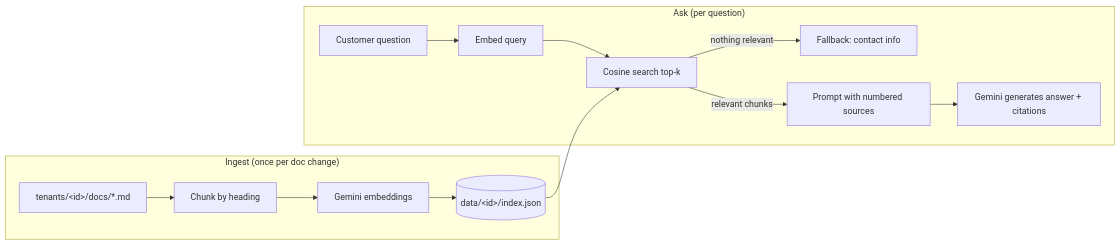
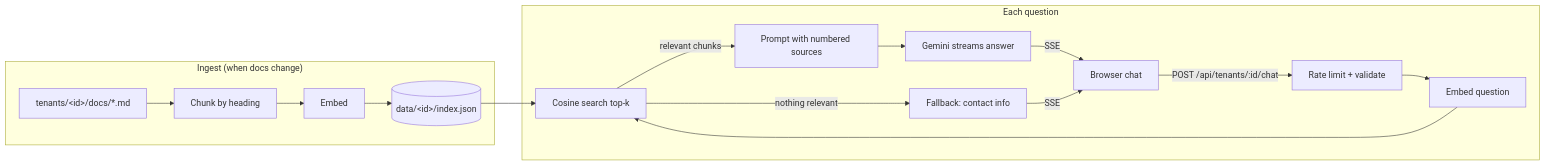
Before and after one commit to Kx1742/rag-support-bot: the diagram in README.md, drawn with Mermaid. The commit also changed other lines of this file and 21 other files, not shown here.

First line of the commit message:
Add streaming web chat UI, HTTP API and offline mode

````diff
--- a/README.md
+++ b/README.md
@@ -26,16 +30,19 @@
 ```mermaid
 flowchart LR
-    subgraph Ingest["Ingest (once per doc change)"]
+    subgraph Ingest["Ingest (when docs change)"]
         D[tenants/&lt;id&gt;/docs/*.md] --> C[Chunk by heading]
-        C --> E1[Gemini embeddings]
+        C --> E1[Embed]
         E1 --> I[(data/&lt;id&gt;/index.json)]
     end
-    subgraph Ask["Ask (per question)"]
-        Q[Customer question] --> E2[Embed query]
+    subgraph Ask["Each question"]
+        B[Browser chat] -->|POST /api/tenants/:id/chat| R[Rate limit + validate]
+        R --> E2[Embed question]
         E2 --> S[Cosine search top-k]
         I --> S
         S -->|nothing relevant| F[Fallback: contact info]
         S -->|relevant chunks| P[Prompt with numbered sources]
-        P --> G[Gemini generates answer + citations]
+        P --> G[Gemini streams answer]
+        G -->|SSE| B
+        F -->|SSE| B
     end
 ```
````
